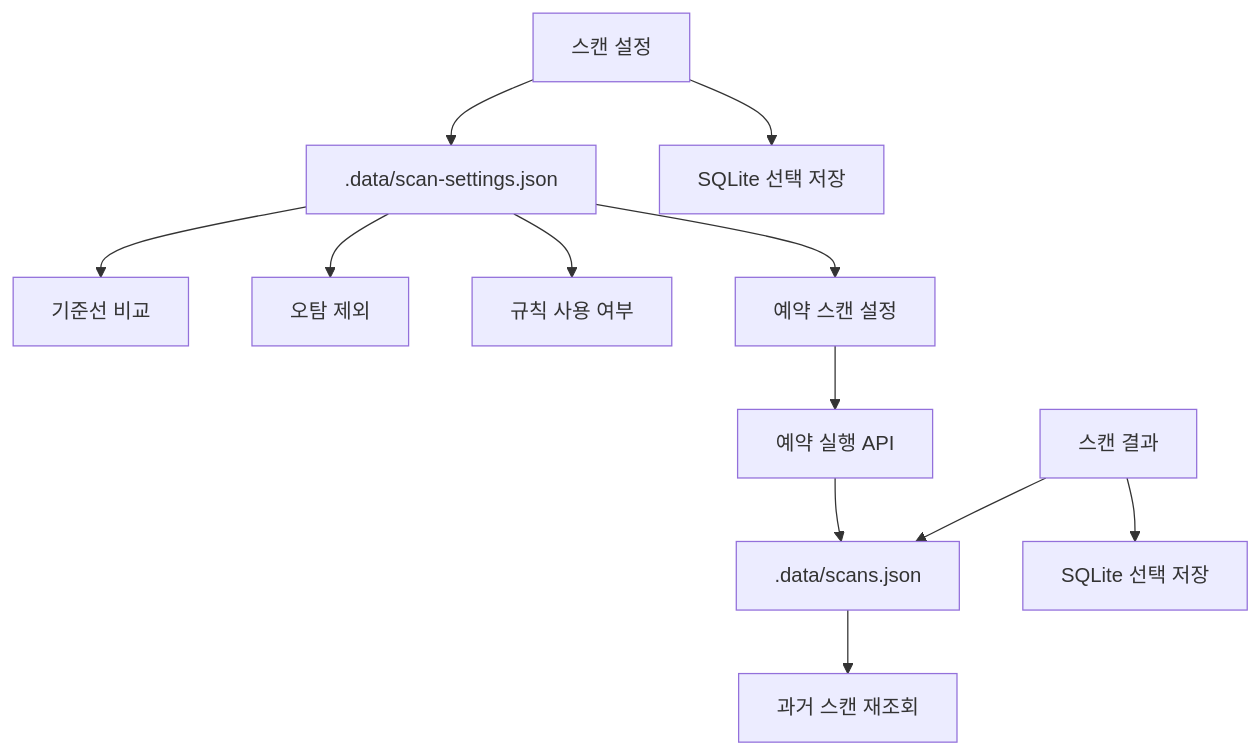
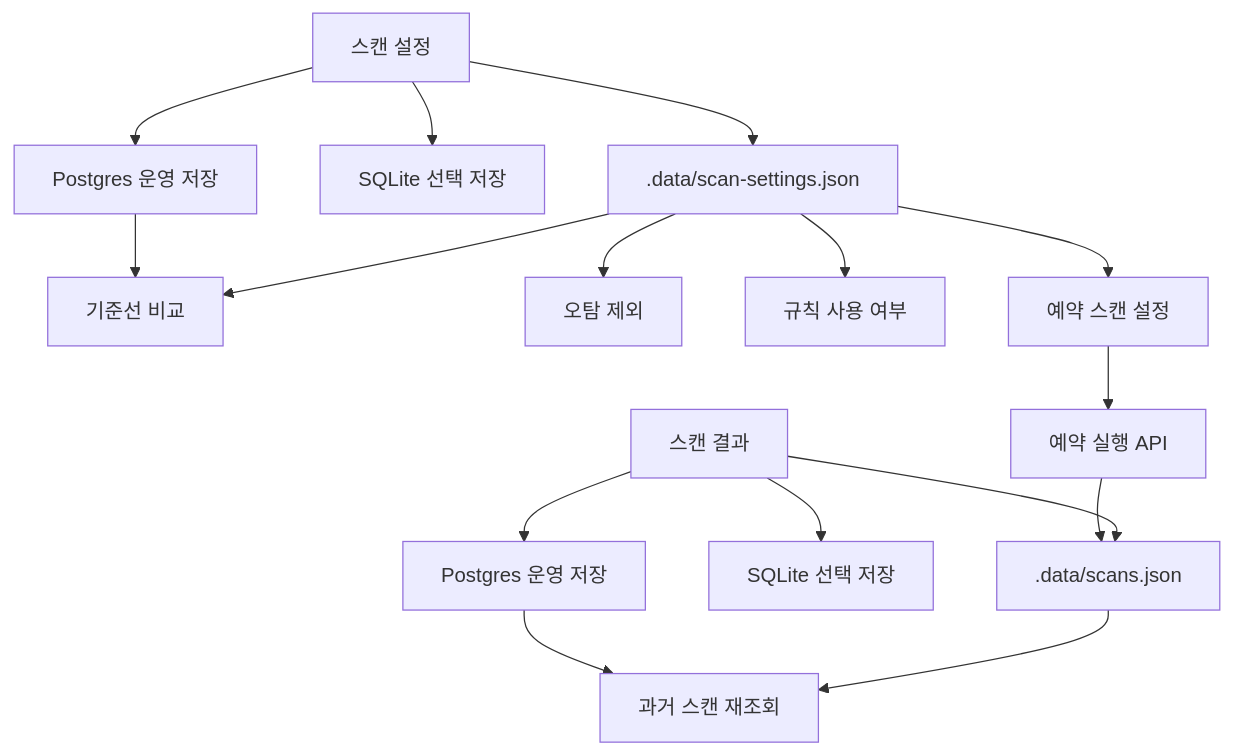
Before and after one commit to rockenwind/mac_vibecoding: the third of 3 diagrams in README.md, drawn with Mermaid. The commit also changed other lines of this file and 9 other files, not shown here.

Commit message:
Add Postgres scan storage

````diff
--- a/README.md
+++ b/README.md
@@ -104,14 +104,18 @@
 ```mermaid
 flowchart TD
   Scan["스캔 결과"] --> HistoryJson[".data/scans.json"]
   Scan --> HistorySqlite["SQLite 선택 저장"]
+  Scan --> HistoryPostgres["Postgres 운영 저장"]
   Settings["스캔 설정"] --> SettingsJson[".data/scan-settings.json"]
   Settings --> SettingsSqlite["SQLite 선택 저장"]
+  Settings --> SettingsPostgres["Postgres 운영 저장"]
   HistoryJson --> Replay["과거 스캔 재조회"]
+  HistoryPostgres --> Replay
   SettingsJson --> BaselineCompare["기준선 비교"]
+  SettingsPostgres --> BaselineCompare
   SettingsJson --> Suppression["오탐 제외"]
   SettingsJson --> RuleToggle["규칙 사용 여부"]
   SettingsJson --> Schedules["예약 스캔 설정"]
   Schedules --> ScheduledRun["예약 실행 API"]
   ScheduledRun --> HistoryJson
 ```
````
